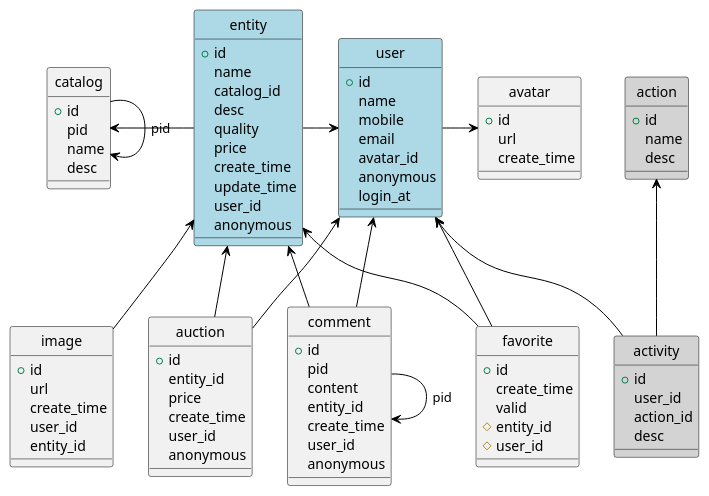
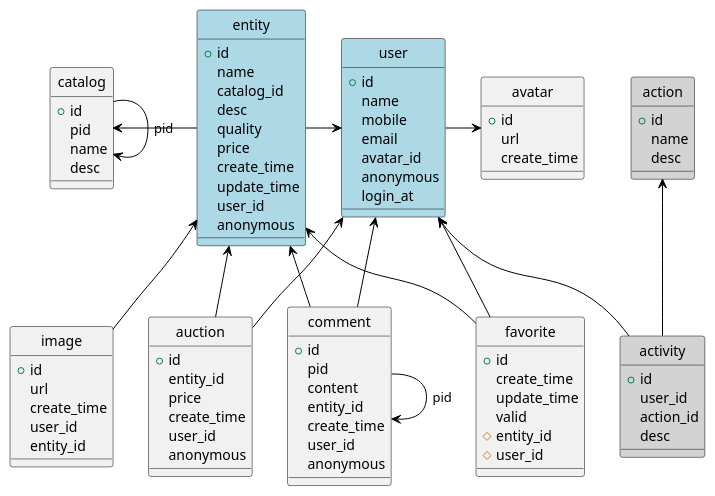
Before and after one commit to neo-nie/flea-market: the diagram in private/db/flea-model.puml, drawn with PlantUML. The commit also changed 2 other files, not shown here.

```diff
--- a/private/db/flea-model.puml
+++ b/private/db/flea-model.puml
@@ -1,114 +1,115 @@
 @startuml
 
 'skinparam monochrome true
 'skinparam classBackgroundColor White
 skinparam classArrowColor Black
 skinparam classBorderColor Black
 skinparam stereotypeCBackgroundColor Gray
 'hide members
 hide circle
 
 class user #LightBlue {
     +id      
     name       
     mobile      
     email        
     avatar_id   
     anonymous   
     login_at    
 }
 
 class avatar {
     +id
     url
     create_time
 }
 
 class catalog {
     +id
     pid
     name
     desc
 }
 
 class entity #LightBlue {
     +id
     name
     catalog_id
     desc
     quality
     price
     create_time
     update_time
     user_id
     anonymous
 }
 
 class favorite {
     +id
     create_time
+    update_time
     valid
     #entity_id
     #user_id
 }
 
 class comment {
     +id
     pid
     content
     entity_id
     create_time
     user_id
     anonymous
 }
 
 class auction {
     +id
     entity_id
     price
     create_time
     user_id
     anonymous
 }
 
 class image {
     +id
     url
     create_time
     user_id
     entity_id
 }
 
 class action #LightGray {
     +id
     name
     desc
 }
 
 class activity #LightGray {
     +id
     user_id
     action_id
     desc
 }
 
 user -r-> avatar
 entity -l-> catalog
 entity -r-> user
 catalog --> catalog : pid
 
 image -u-> entity
 favorite -u-> user
 favorite -u-> entity
 
 comment -u-> user
 comment -u-> entity
 comment --> comment : pid
 
 auction -u-> user
 auction -u-> entity
 
 activity -u-> action
 activity -u-> user
 
 @enduml
```
